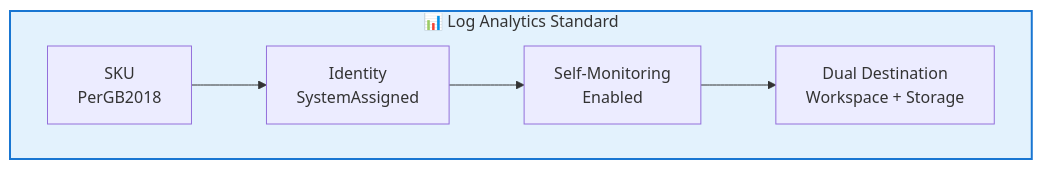
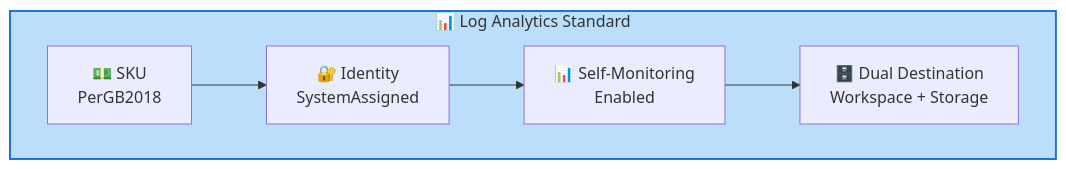
One commit to Evilazaro/APIM-Accelerator changed the eighth of 10 diagrams in docs/architecture/Data_Architecture_Document.md. Above: the diagram before and after it, drawn with Mermaid. The commit also changed other lines of this file, not shown here.

Commit message:
Enhance Data Architecture Document with improved semantic icons and color schemes for better clarity and visual appeal

````diff
--- a/docs/architecture/Data_Architecture_Document.md
+++ b/docs/architecture/Data_Architecture_Document.md
@@ -454,17 +454,20 @@
 ```mermaid
 %%{init: {"flowchart": {"htmlLabels": false}} }%%
+%% ============================================
+%% COLOR SCHEME: Semantic data configuration #BBDEFB
+%% ============================================
 flowchart LR
     subgraph config["📊 Log Analytics Standard"]
         direction LR
-        C1["SKU<br/>PerGB2018"]
-        C2["Identity<br/>SystemAssigned"]
-        C3["Self-Monitoring<br/>Enabled"]
-        C4["Dual Destination<br/>Workspace + Storage"]
+        C1["💵 SKU<br/>PerGB2018"]
+        C2["🔐 Identity<br/>SystemAssigned"]
+        C3["📊 Self-Monitoring<br/>Enabled"]
+        C4["🗄️ Dual Destination<br/>Workspace + Storage"]
 
         C1 --> C2
         C2 --> C3
         C3 --> C4
     end
 
-    style config fill:#E3F2FD,stroke:#1976D2,stroke-width:2px
+    style config fill:#BBDEFB,stroke:#1976D2,stroke-width:2px
 ```
````
